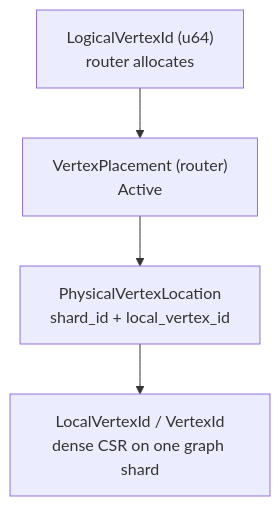
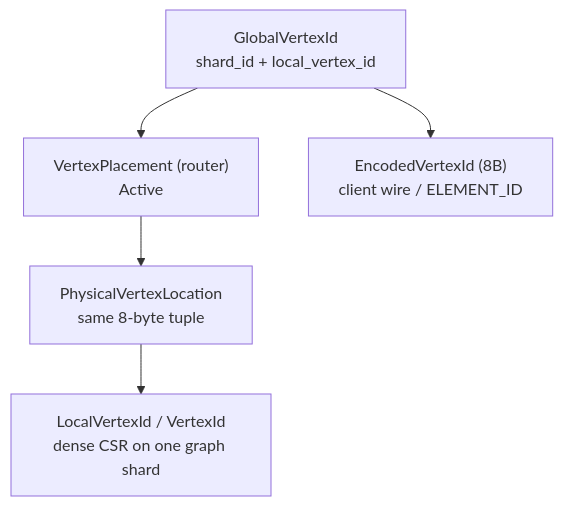
Before and after one commit to perforate-org/gleaph: the first of 2 diagrams in design/federation/model.md, drawn with Mermaid. The commit also changed other lines of this file and 2 other files, not shown here.

First line of the commit message:
docs(federation): sync design contracts for GlobalVertexId and router catalogs

````diff
--- a/design/federation/model.md
+++ b/design/federation/model.md
@@ -22,7 +29,8 @@
 ```mermaid
 flowchart TD
-    L["LogicalVertexId (u64)<br/>router allocates"]
-    L --> VP["VertexPlacement (router)<br/>Active"]
-    VP --> PVL["PhysicalVertexLocation<br/>shard_id + local_vertex_id"]
+    G["GlobalVertexId<br/>shard_id + local_vertex_id"]
+    G --> VP["VertexPlacement (router)<br/>Active"]
+    VP --> PVL["PhysicalVertexLocation<br/>same 8-byte tuple"]
     PVL --> LV["LocalVertexId / VertexId<br/>dense CSR on one graph shard"]
+    G --> ENC["EncodedVertexId (8B)<br/>client wire / ELEMENT_ID"]
 ```
````
